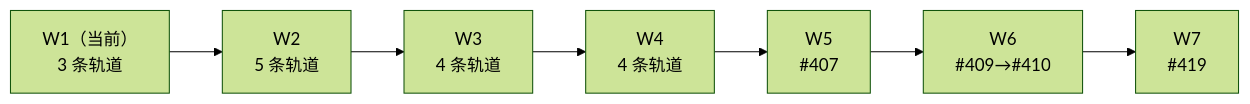
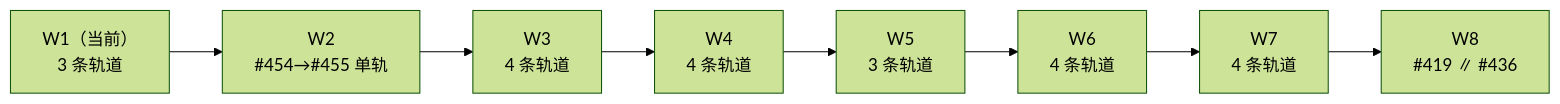
Before and after one commit to luokerenx4/coder-loop: the diagram in docs/execution-plan-pre-v3.md, drawn with Mermaid (forest theme). The commit also changed other lines of this file, not shown here.

````diff
--- a/docs/execution-plan-pre-v3.md
+++ b/docs/execution-plan-pre-v3.md
@@ -59,4 +61,4 @@
 ```mermaid
 flowchart LR
-  W1["W1（当前）<br/>3 条轨道"] --> W2["W2<br/>5 条轨道"] --> W3["W3<br/>4 条轨道"] --> W4["W4<br/>4 条轨道"] --> W5["W5<br/>#407"] --> W6["W6<br/>#409→#410"] --> W7["W7<br/>#419"]
+  W1["W1（当前）<br/>3 条轨道"] --> W2["W2<br/>#454→#455 单轨"] --> W3["W3<br/>4 条轨道"] --> W4["W4<br/>4 条轨道"] --> W5["W5<br/>3 条轨道"] --> W6["W6<br/>4 条轨道"] --> W7["W7<br/>4 条轨道"] --> W8["W8<br/>#419 ∥ #436"]
 ```
````
